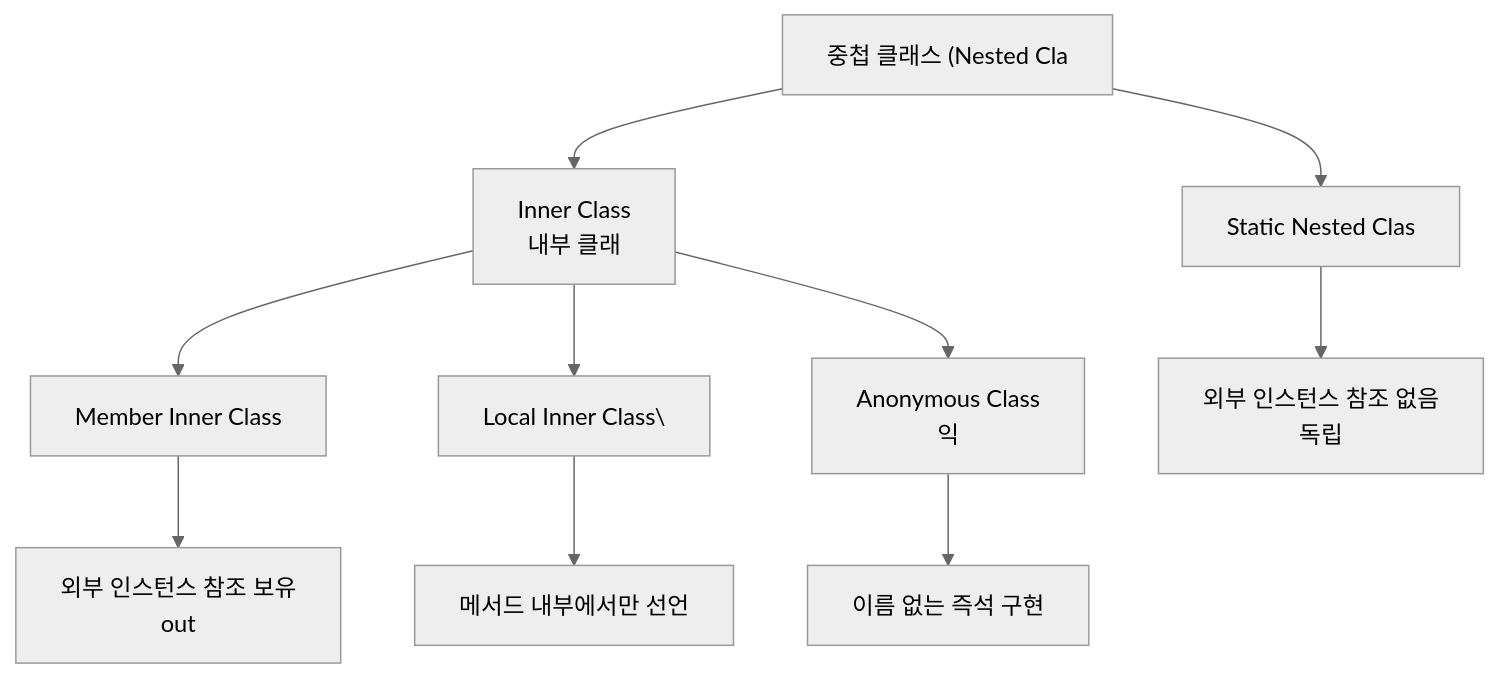
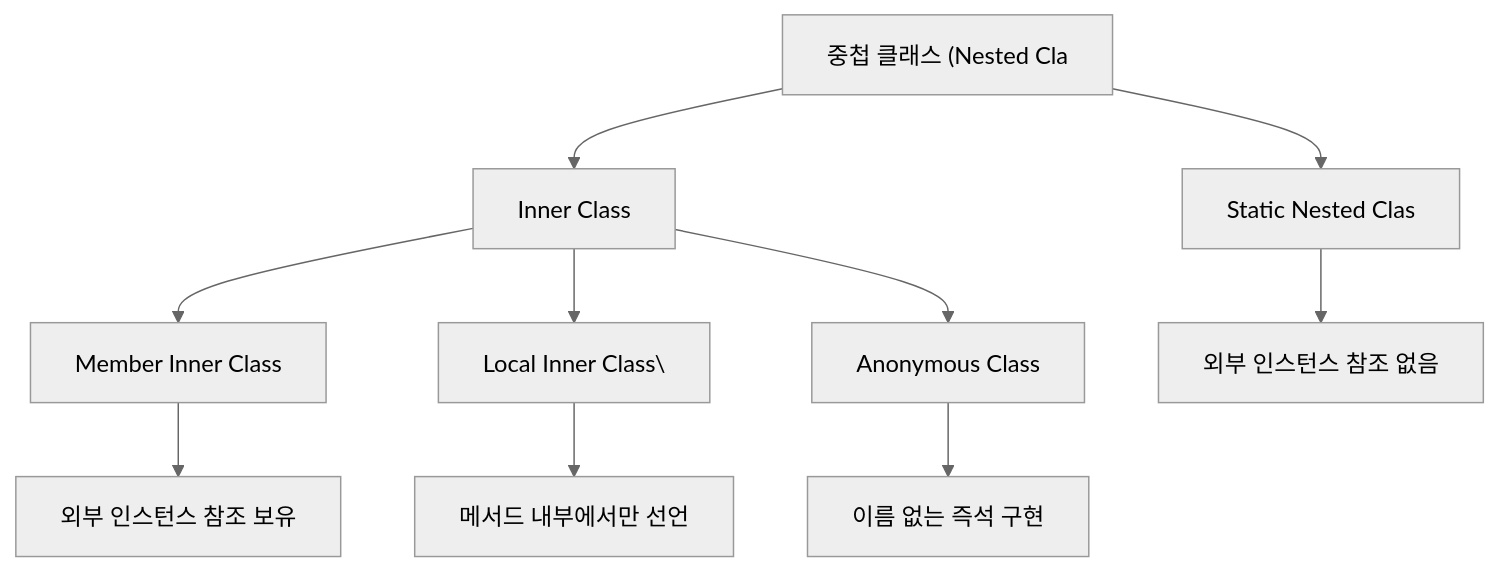
Before and after one commit to yjkim2015/yjkim2015.github.io: the first of 3 diagrams in _posts/java/2026-05-01-java-nested-class.md, drawn with Mermaid (neutral theme). The commit also changed 217 other files, not shown here.

First line of the commit message:
Mermaid 크기 수정: useMaxWidth:true + SVG max-width:100% + 라벨 축소

````diff
--- a/_posts/java/2026-05-01-java-nested-class.md
+++ b/_posts/java/2026-05-01-java-nested-class.md
@@ -20,12 +20,12 @@
 ```mermaid
 graph TD
     A["중첩 클래스 (Nested Cla"] --> B["Static Nested Clas"]
-    A --> C["Inner Class\n내부 클래"]
+    A --> C["Inner Class"]
     C --> D["Member Inner Class"]
     C --> E["Local Inner Class\"]
-    C --> F["Anonymous Class\n익"]
-    B --> B1["외부 인스턴스 참조 없음\n독립"]
-    D --> D1["외부 인스턴스 참조 보유\nout"]
+    C --> F["Anonymous Class"]
+    B --> B1["외부 인스턴스 참조 없음"]
+    D --> D1["외부 인스턴스 참조 보유"]
     E --> E1["메서드 내부에서만 선언"]
     F --> F1["이름 없는 즉석 구현"]
 ```
````
